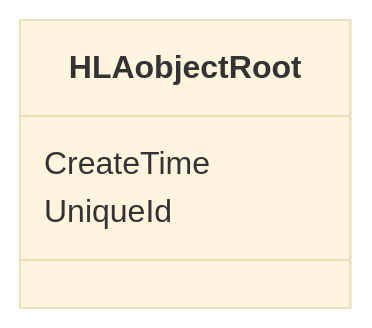
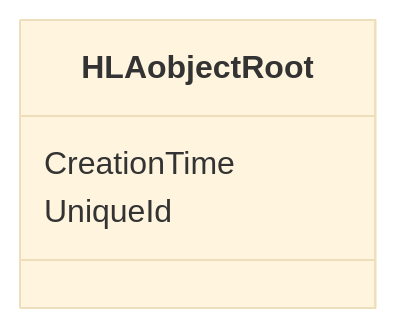
One commit to AMSP-04/NETN-BASE changed the first of 2 diagrams in NETN-BASE.md. Above: the diagram before and after it, drawn with Mermaid (base theme). The commit also changed other lines of this file and 1 other file, not shown here.

````diff
--- a/NETN-BASE.md
+++ b/NETN-BASE.md
@@ -40,7 +40,7 @@
 ```mermaid
 classDiagram 
 direction LR
 
-HLAobjectRoot : CreateTime
+HLAobjectRoot : CreationTime
 HLAobjectRoot : UniqueId
 ```
````
